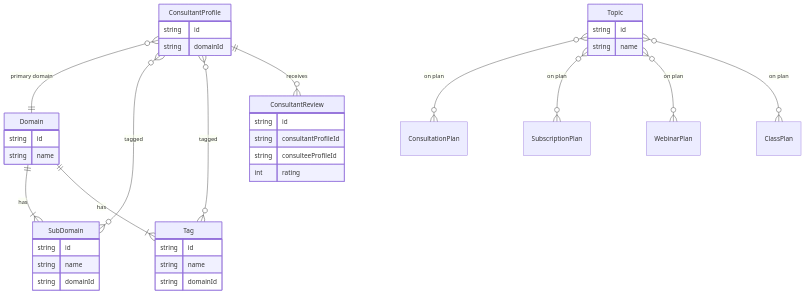
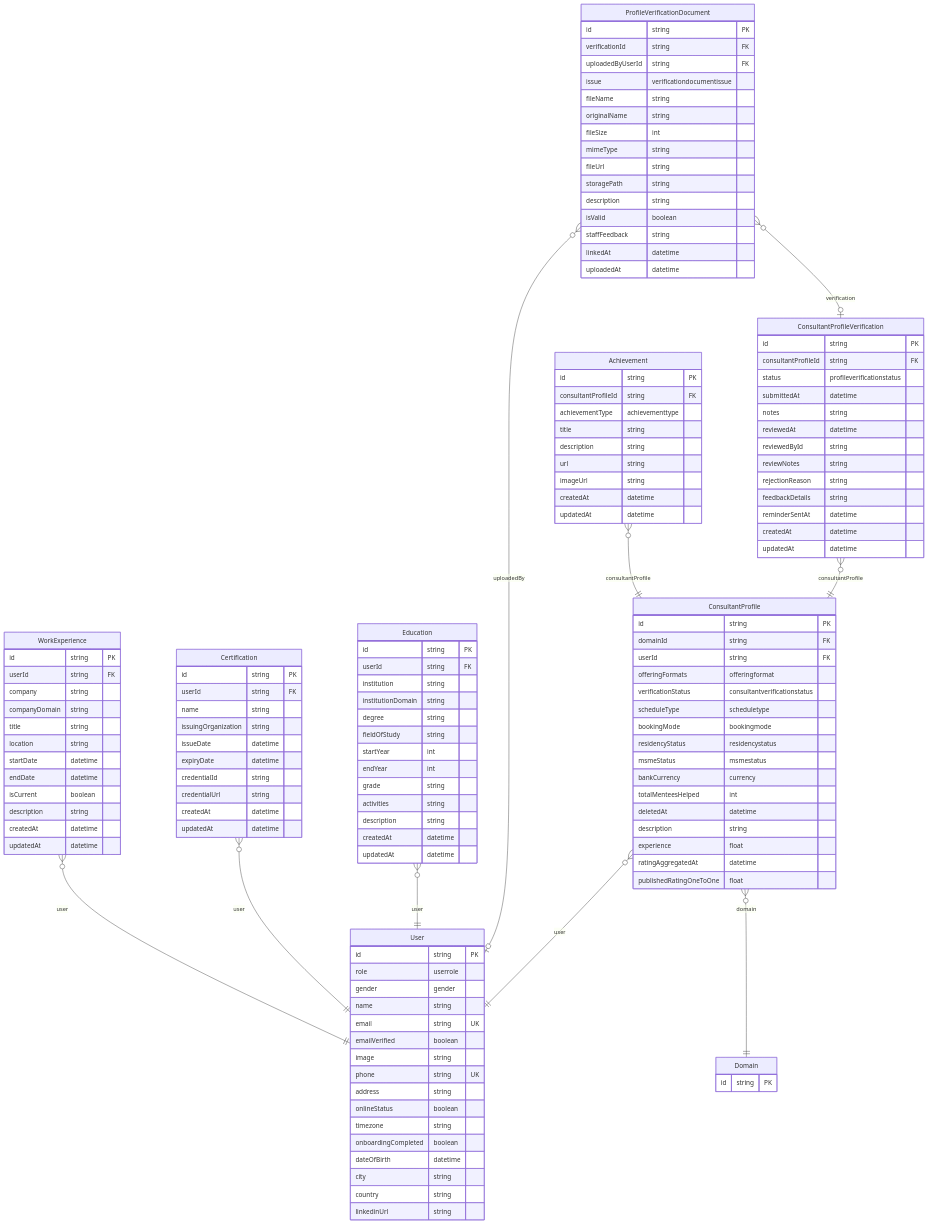
The fourth of 32 diagrams in docs/prisma/00-schema-map.md (Practitionist/familiarise_web), drawn with Mermaid before and after one commit. The commit also changed other lines of this file and 6 other files, not shown here.

````diff
--- a/docs/prisma/00-schema-map.md
+++ b/docs/prisma/00-schema-map.md
@@ -301,42 +477,135 @@
 ```mermaid
 erDiagram
+    WorkExperience {
+        id string PK
+        userId string FK
+        company string
+        companyDomain string
+        title string
+        location string
+        startDate datetime
+        endDate datetime
+        isCurrent boolean
+        description string
+        createdAt datetime
+        updatedAt datetime
+    }
+    Certification {
+        id string PK
+        userId string FK
+        name string
+        issuingOrganization string
+        issueDate datetime
+        expiryDate datetime
+        credentialId string
+        credentialUrl string
+        createdAt datetime
+        updatedAt datetime
+    }
+    Education {
+        id string PK
+        userId string FK
+        institution string
+        institutionDomain string
+        degree string
+        fieldOfStudy string
+        startYear int
+        endYear int
+        grade string
+        activities string
+        description string
+        createdAt datetime
+        updatedAt datetime
+    }
+    Achievement {
+        id string PK
+        consultantProfileId string FK
+        achievementType achievementtype
+        title string
+        description string
+        url string
+        imageUrl string
+        createdAt datetime
+        updatedAt datetime
+    }
+    ConsultantProfileVerification {
+        id string PK
+        consultantProfileId string FK
+        status profileverificationstatus
+        submittedAt datetime
+        notes string
+        reviewedAt datetime
+        reviewedById string
+        reviewNotes string
+        rejectionReason string
+        feedbackDetails string
+        reminderSentAt datetime
+        createdAt datetime
+        updatedAt datetime
+    }
+    ProfileVerificationDocument {
+        id string PK
+        verificationId string FK
+        uploadedByUserId string FK
+        issue verificationdocumentissue
+        fileName string
+        originalName string
+        fileSize int
+        mimeType string
+        fileUrl string
+        storagePath string
+        description string
+        isValid boolean
+        staffFeedback string
+        linkedAt datetime
+        uploadedAt datetime
+    }
+    User {
+        id string PK
+        role userrole
+        gender gender
+        name string
+        email string UK
+        emailVerified boolean
+        image string
+        phone string UK
+        address string
+        onlineStatus boolean
+        timezone string
+        onboardingCompleted boolean
+        dateOfBirth datetime
+        city string
+        country string
+        linkedinUrl string
+    }
     ConsultantProfile {
-        string id
-        string domainId
+        id string PK
+        domainId string FK
+        userId string FK
+        offeringFormats offeringformat
+        verificationStatus consultantverificationstatus
+        scheduleType scheduletype
+        bookingMode bookingmode
+        residencyStatus residencystatus
+        msmeStatus msmestatus
+        bankCurrency currency
+        totalMenteesHelped int
+        deletedAt datetime
+        description string
+        experience float
+        ratingAggregatedAt datetime
+        publishedRatingOneToOne float
     }
     Domain {
-        string id
-        string name
+        id string PK
     }
-    SubDomain {
-        string id
-        string name
-        string domainId
-    }
-    Tag {
-        string id
-        string name
-        string domainId
-    }
-    Topic {
-        string id
-        string name
-    }
-    ConsultantReview {
-        string id
-        string consultantProfileId
-        string consulteeProfileId
-        int rating
-    }
-
-    Domain ||--|{ SubDomain : "has"
-    Domain ||--|{ Tag : "has"
-    ConsultantProfile }o--|| Domain : "primary domain"
-    ConsultantProfile }o--o{ SubDomain : "tagged"
-    ConsultantProfile }o--o{ Tag : "tagged"
-    ConsultantProfile ||--o{ ConsultantReview : "receives"
-    Topic }o--o{ ConsultationPlan : "on plan"
-    Topic }o--o{ SubscriptionPlan : "on plan"
-    Topic }o--o{ WebinarPlan : "on plan"
-    Topic }o--o{ ClassPlan : "on plan"
+    WorkExperience }o--|| User : "user"
+    Certification }o--|| User : "user"
+    Education }o--|| User : "user"
+    Achievement }o--|| ConsultantProfile : "consultantProfile"
+    ConsultantProfileVerification }o--|| ConsultantProfile : "consultantProfile"
+    ProfileVerificationDocument }o--o| ConsultantProfileVerification : "verification"
+    ProfileVerificationDocument }o--o| User : "uploadedBy"
+    ConsultantProfile }o--|| Domain : "domain"
+    ConsultantProfile }o--|| User : "user"
 ```
````
